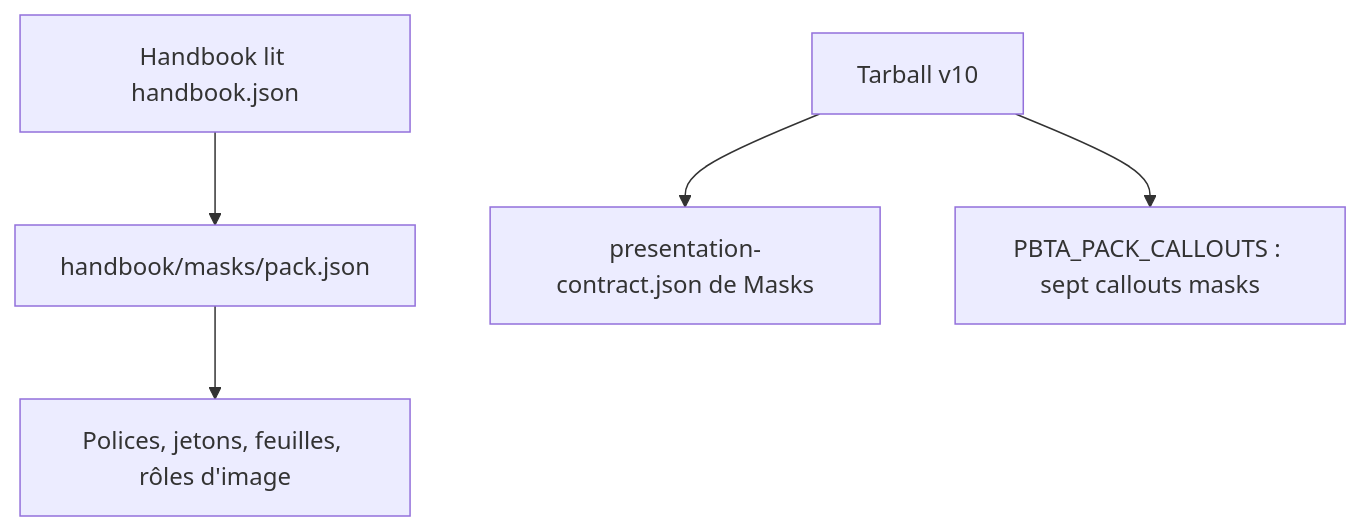
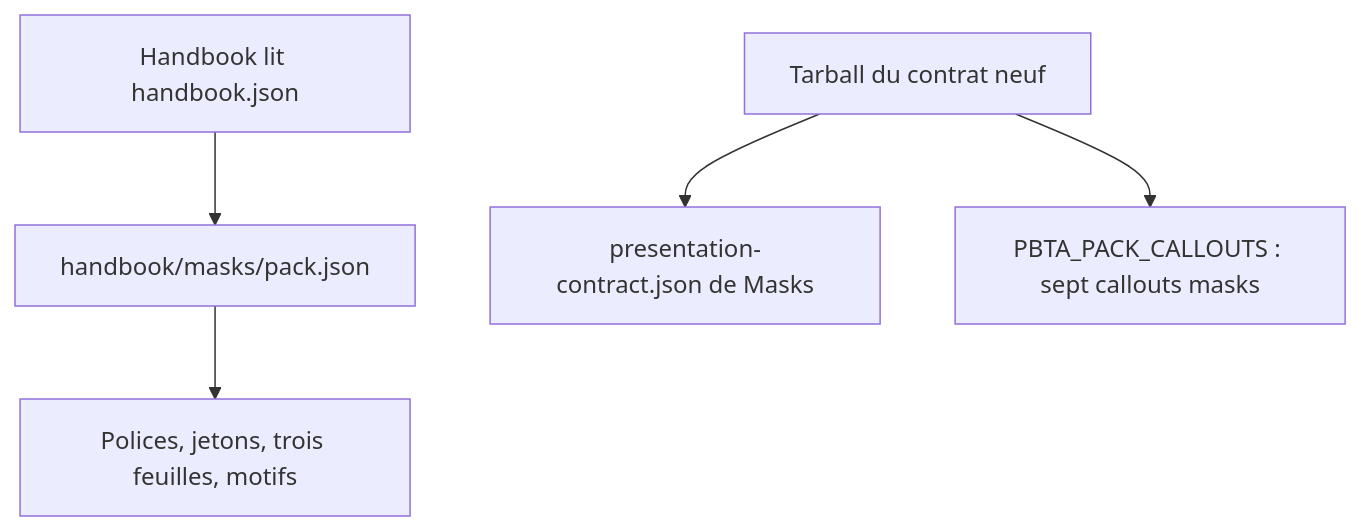
Before and after one commit to RebelliousSmile/obsidian-handbook: the first of 2 diagrams in aidd_docs/tasks/2026_10/2026_10_07_masks-2e-integration/phase-3.md, drawn with Mermaid. The commit also changed other lines of this file and 39 other files, not shown here.

````diff
--- a/aidd_docs/tasks/2026_10/2026_10_07_masks-2e-integration/phase-3.md
+++ b/aidd_docs/tasks/2026_10/2026_10_07_masks-2e-integration/phase-3.md
@@ -43,7 +50,7 @@
 ```mermaid
 flowchart TD
   A[Handbook lit handbook.json] --> B[handbook/masks/pack.json]
-  B --> C[Polices, jetons, feuilles, rôles d'image]
-  A2[Tarball v10] --> D[presentation-contract.json de Masks]
+  B --> C[Polices, jetons, trois feuilles, motifs]
+  A2[Tarball du contrat neuf] --> D[presentation-contract.json de Masks]
   A2 --> E[PBTA_PACK_CALLOUTS : sept callouts masks]
 ```
````
